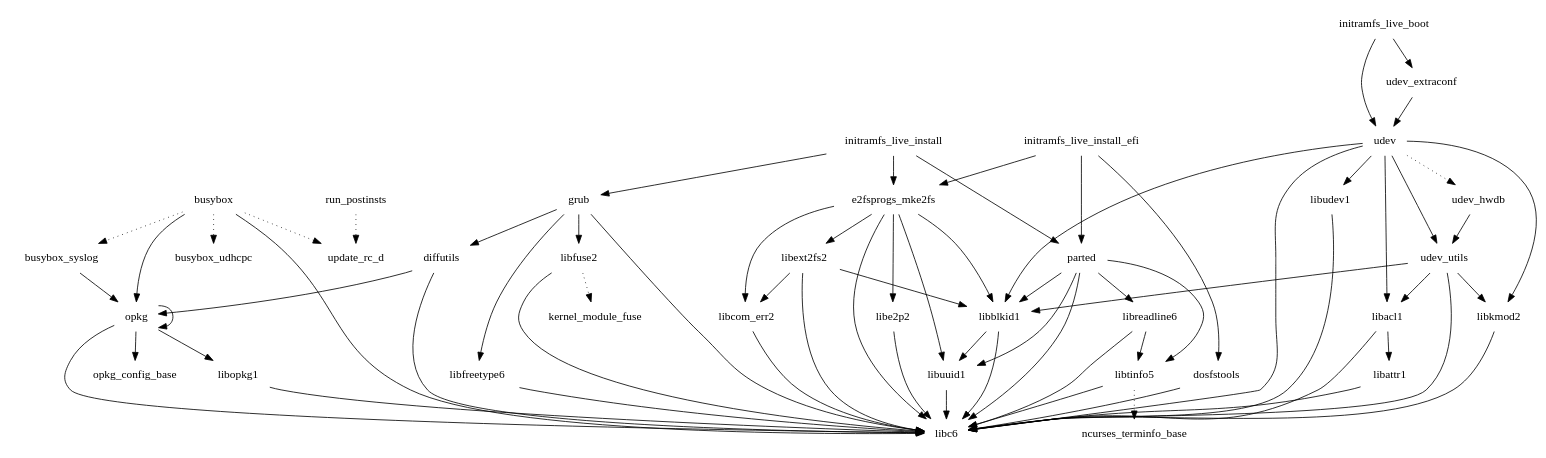
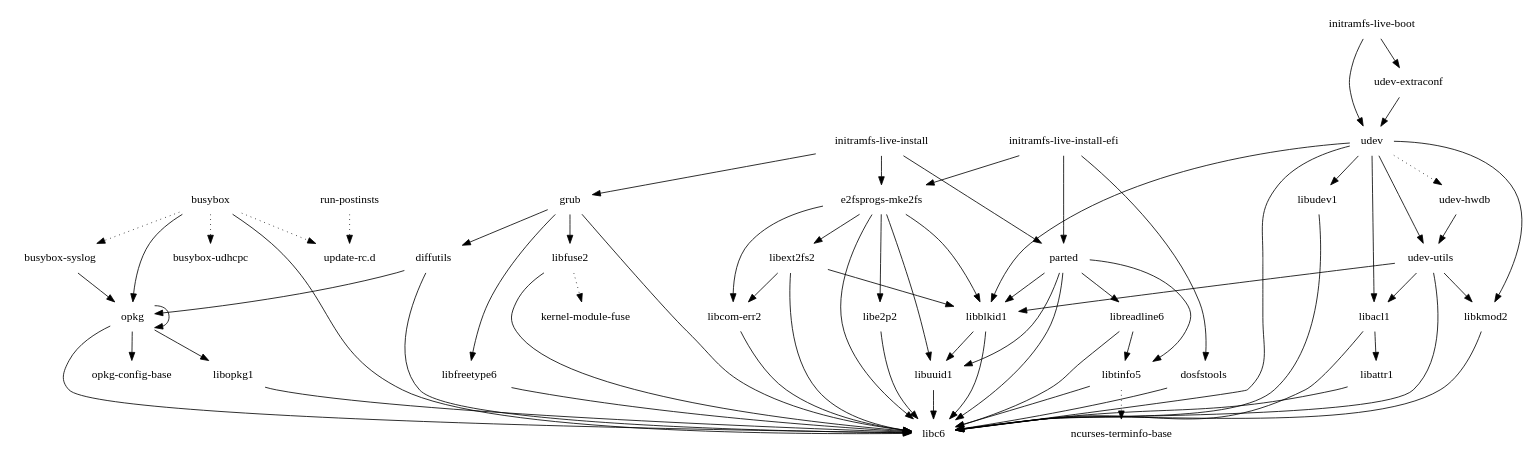
The diagram in images/minnow/eglibc/core-image-minimal-initramfs/depends-nokernel.dot (Angstrom-distribution/buildhistory), drawn with Graphviz before and after one commit. The commit also changed 15 other files, not shown here.

```diff
--- a/images/minnow/eglibc/core-image-minimal-initramfs/depends-nokernel.dot
+++ b/images/minnow/eglibc/core-image-minimal-initramfs/depends-nokernel.dot
@@ -1,74 +1,74 @@
 digraph depends {
     node [shape=plaintext]
-busybox -> busybox_syslog [style=dotted];
-busybox -> busybox_udhcpc [style=dotted];
-busybox -> libc6;
-busybox -> opkg;
-busybox -> update_rc_d [style=dotted];
-busybox_syslog -> opkg;
-diffutils -> libc6;
-diffutils -> opkg;
-dosfstools -> libc6;
-e2fsprogs_mke2fs -> libblkid1;
-e2fsprogs_mke2fs -> libc6;
-e2fsprogs_mke2fs -> libcom_err2;
-e2fsprogs_mke2fs -> libe2p2;
-e2fsprogs_mke2fs -> libext2fs2;
-e2fsprogs_mke2fs -> libuuid1;
-grub -> diffutils;
-grub -> libc6;
-grub -> libfreetype6;
-grub -> libfuse2;
-initramfs_live_boot -> udev;
-initramfs_live_boot -> udev_extraconf;
-initramfs_live_install -> e2fsprogs_mke2fs;
-initramfs_live_install -> grub;
-initramfs_live_install -> parted;
-initramfs_live_install_efi -> dosfstools;
-initramfs_live_install_efi -> e2fsprogs_mke2fs;
-initramfs_live_install_efi -> parted;
-libacl1 -> libattr1;
-libacl1 -> libc6;
-libattr1 -> libc6;
-libblkid1 -> libc6;
-libblkid1 -> libuuid1;
-libcom_err2 -> libc6;
-libe2p2 -> libc6;
-libext2fs2 -> libblkid1;
-libext2fs2 -> libc6;
-libext2fs2 -> libcom_err2;
-libfreetype6 -> libc6;
-libfuse2 -> kernel_module_fuse [style=dotted];
-libfuse2 -> libc6;
-libkmod2 -> libc6;
-libopkg1 -> libc6;
-libreadline6 -> libc6;
-libreadline6 -> libtinfo5;
-libtinfo5 -> libc6;
-libtinfo5 -> ncurses_terminfo_base [style=dotted];
-libudev1 -> libc6;
-libuuid1 -> libc6;
-opkg -> libc6;
-opkg -> libopkg1;
-opkg -> opkg;
-opkg -> opkg_config_base;
-parted -> libblkid1;
-parted -> libc6;
-parted -> libreadline6;
-parted -> libtinfo5;
-parted -> libuuid1;
-run_postinsts -> update_rc_d [style=dotted];
-udev -> libacl1;
-udev -> libblkid1;
-udev -> libc6;
-udev -> libkmod2;
-udev -> libudev1;
-udev -> udev_hwdb [style=dotted];
-udev -> udev_utils;
-udev_extraconf -> udev;
-udev_hwdb -> udev_utils;
-udev_utils -> libacl1;
-udev_utils -> libblkid1;
-udev_utils -> libc6;
-udev_utils -> libkmod2;
+"busybox" -> "busybox-syslog" [style=dotted];
+"busybox" -> "busybox-udhcpc" [style=dotted];
+"busybox" -> "libc6";
+"busybox" -> "opkg";
+"busybox" -> "update-rc.d" [style=dotted];
+"busybox-syslog" -> "opkg";
+"diffutils" -> "libc6";
+"diffutils" -> "opkg";
+"dosfstools" -> "libc6";
+"e2fsprogs-mke2fs" -> "libblkid1";
+"e2fsprogs-mke2fs" -> "libc6";
+"e2fsprogs-mke2fs" -> "libcom-err2";
+"e2fsprogs-mke2fs" -> "libe2p2";
+"e2fsprogs-mke2fs" -> "libext2fs2";
+"e2fsprogs-mke2fs" -> "libuuid1";
+"grub" -> "diffutils";
+"grub" -> "libc6";
+"grub" -> "libfreetype6";
+"grub" -> "libfuse2";
+"initramfs-live-boot" -> "udev";
+"initramfs-live-boot" -> "udev-extraconf";
+"initramfs-live-install" -> "e2fsprogs-mke2fs";
+"initramfs-live-install" -> "grub";
+"initramfs-live-install" -> "parted";
+"initramfs-live-install-efi" -> "dosfstools";
+"initramfs-live-install-efi" -> "e2fsprogs-mke2fs";
+"initramfs-live-install-efi" -> "parted";
+"libacl1" -> "libattr1";
+"libacl1" -> "libc6";
+"libattr1" -> "libc6";
+"libblkid1" -> "libc6";
+"libblkid1" -> "libuuid1";
+"libcom-err2" -> "libc6";
+"libe2p2" -> "libc6";
+"libext2fs2" -> "libblkid1";
+"libext2fs2" -> "libc6";
+"libext2fs2" -> "libcom-err2";
+"libfreetype6" -> "libc6";
+"libfuse2" -> "kernel-module-fuse" [style=dotted];
+"libfuse2" -> "libc6";
+"libkmod2" -> "libc6";
+"libopkg1" -> "libc6";
+"libreadline6" -> "libc6";
+"libreadline6" -> "libtinfo5";
+"libtinfo5" -> "libc6";
+"libtinfo5" -> "ncurses-terminfo-base" [style=dotted];
+"libudev1" -> "libc6";
+"libuuid1" -> "libc6";
+"opkg" -> "libc6";
+"opkg" -> "libopkg1";
+"opkg" -> "opkg";
+"opkg" -> "opkg-config-base";
+"parted" -> "libblkid1";
+"parted" -> "libc6";
+"parted" -> "libreadline6";
+"parted" -> "libtinfo5";
+"parted" -> "libuuid1";
+"run-postinsts" -> "update-rc.d" [style=dotted];
+"udev" -> "libacl1";
+"udev" -> "libblkid1";
+"udev" -> "libc6";
+"udev" -> "libkmod2";
+"udev" -> "libudev1";
+"udev" -> "udev-hwdb" [style=dotted];
+"udev" -> "udev-utils";
+"udev-extraconf" -> "udev";
+"udev-hwdb" -> "udev-utils";
+"udev-utils" -> "libacl1";
+"udev-utils" -> "libblkid1";
+"udev-utils" -> "libc6";
+"udev-utils" -> "libkmod2";
 }
```
